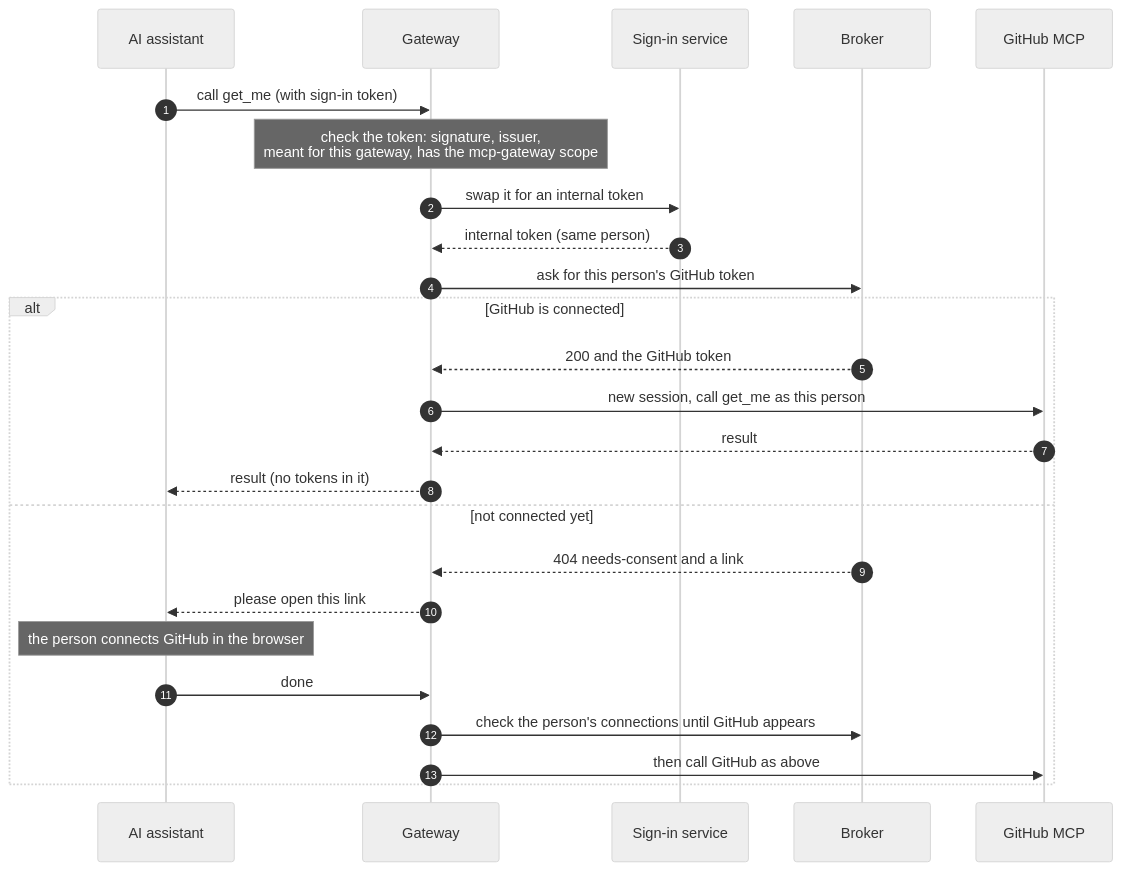
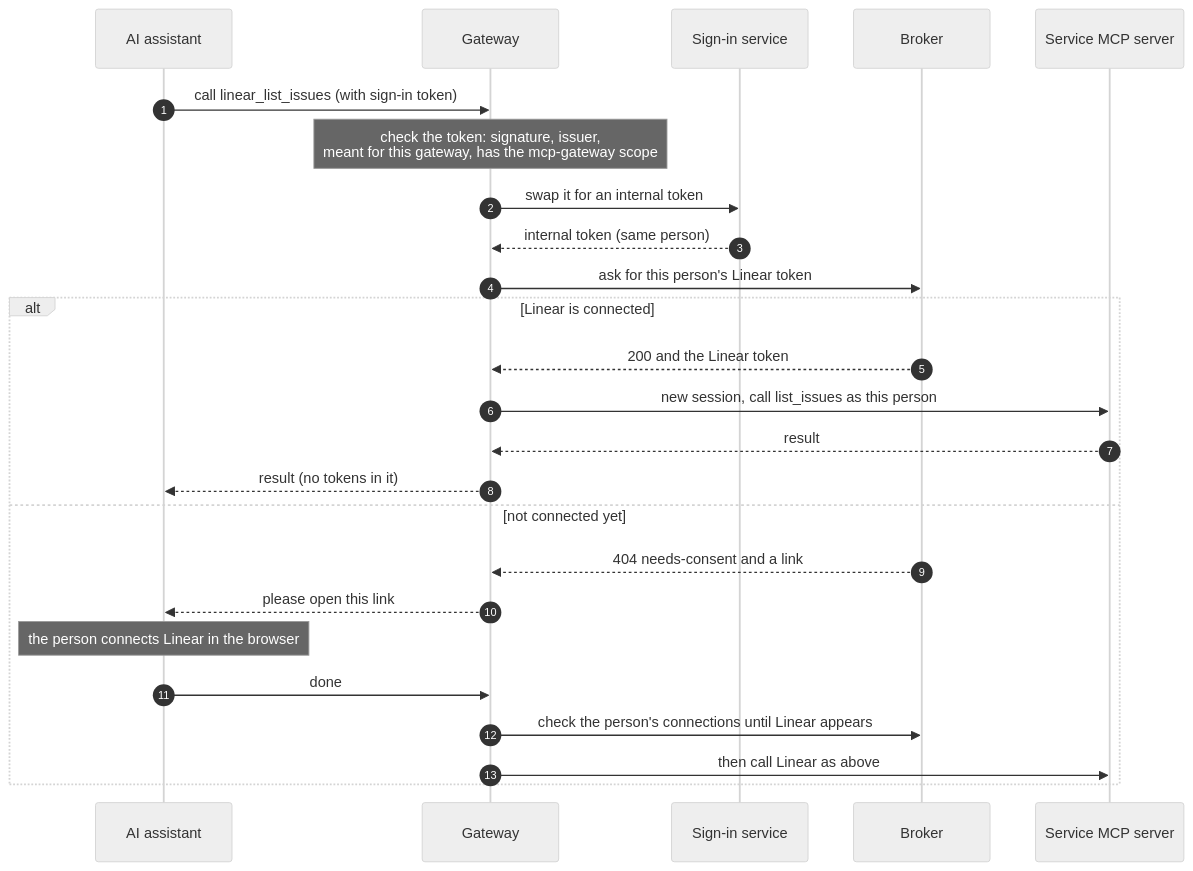
Before and after one commit to chief-builder/vendor-token-broker: the second of 2 diagrams in docs/mcp-gateway.md, drawn with Mermaid (neutral theme). The commit also changed other lines of this file and 9 other files, not shown here.

First line of the commit message:
docs: document GitHub and Linear through the gateway

````diff
--- a/docs/mcp-gateway.md
+++ b/docs/mcp-gateway.md
@@ -24,28 +36,28 @@
 ```mermaid
 sequenceDiagram
     autonumber
     participant C as AI assistant
     participant G as Gateway
     participant H as Sign-in service
     participant B as Broker
-    participant M as GitHub MCP
+    participant M as Service MCP server
 
-    C->>G: call get_me (with sign-in token)
+    C->>G: call linear_list_issues (with sign-in token)
     Note over G: check the token: signature, issuer,<br/>meant for this gateway, has the mcp-gateway scope
     G->>H: swap it for an internal token
     H-->>G: internal token (same person)
-    G->>B: ask for this person's GitHub token
-    alt GitHub is connected
-        B-->>G: 200 and the GitHub token
-        G->>M: new session, call get_me as this person
+    G->>B: ask for this person's Linear token
+    alt Linear is connected
+        B-->>G: 200 and the Linear token
+        G->>M: new session, call list_issues as this person
         M-->>G: result
         G-->>C: result (no tokens in it)
     else not connected yet
         B-->>G: 404 needs-consent and a link
         G-->>C: please open this link
-        Note over C: the person connects GitHub in the browser
+        Note over C: the person connects Linear in the browser
         C->>G: done
-        G->>B: check the person's connections until GitHub appears
-        G->>M: then call GitHub as above
+        G->>B: check the person's connections until Linear appears
+        G->>M: then call Linear as above
     end
 ```
````
